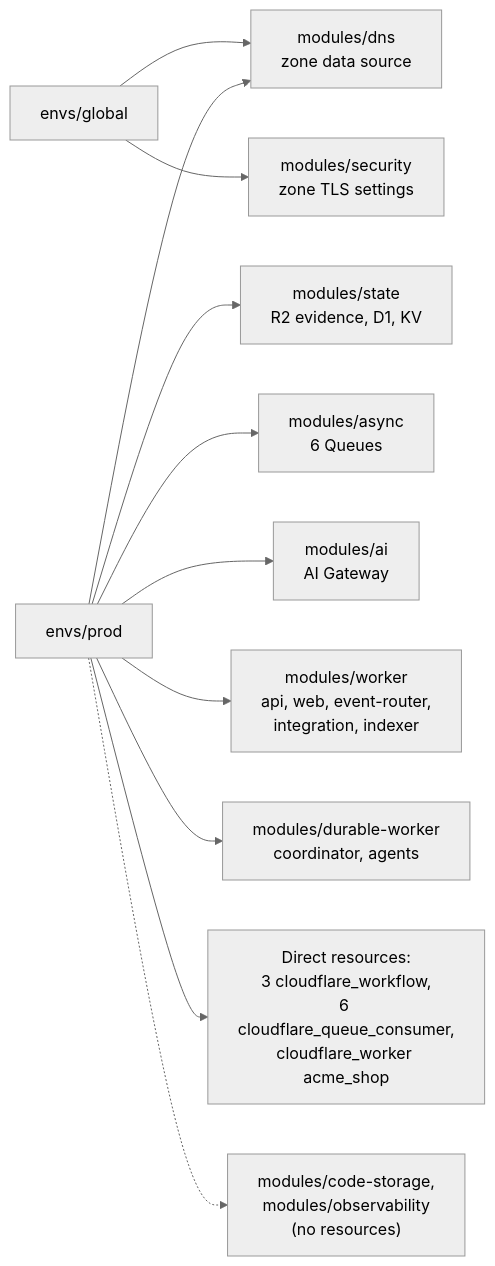
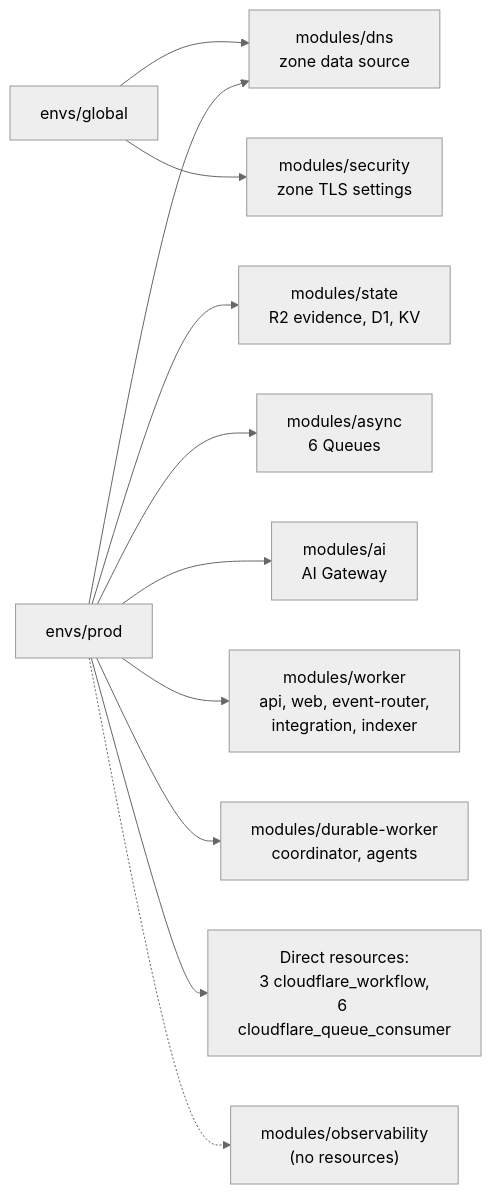
The second of 6 diagrams in docs/architecture/infrastructure-and-cost.md (nsudhanva/rhumbatron), drawn with Mermaid (neutral theme) before and after one commit. The commit also changed 16 other files, not shown here.

````diff
--- a/docs/architecture/infrastructure-and-cost.md
+++ b/docs/architecture/infrastructure-and-cost.md
@@ -44,24 +44,24 @@
 ```mermaid
 flowchart LR
   GLOB["envs/global"]
   ENV["envs/prod"]
   DNS["modules/dns<br/>zone data source"]
   SEC["modules/security<br/>zone TLS settings"]
   ST["modules/state<br/>R2 evidence, D1, KV"]
   AS["modules/async<br/>6 Queues"]
   AI["modules/ai<br/>AI Gateway"]
   WK["modules/worker<br/>api, web, event-router,<br/>integration, indexer"]
   DW["modules/durable-worker<br/>coordinator, agents"]
-  DIRECT["Direct resources:<br/>3 cloudflare_workflow,<br/>6 cloudflare_queue_consumer,<br/>cloudflare_worker acme_shop"]
-  PH["modules/code-storage,<br/>modules/observability<br/>(no resources)"]
+  DIRECT["Direct resources:<br/>3 cloudflare_workflow,<br/>6 cloudflare_queue_consumer"]
+  PH["modules/observability<br/>(no resources)"]
   GLOB --> DNS
   GLOB --> SEC
   ENV --> DNS
   ENV --> ST
   ENV --> AS
   ENV --> AI
   ENV --> WK
   ENV --> DW
   ENV --> DIRECT
   ENV -.-> PH
 ```
````
